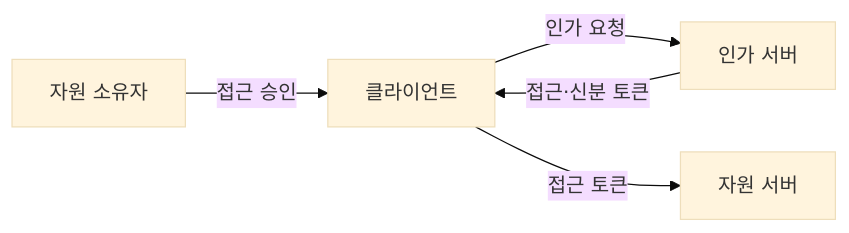
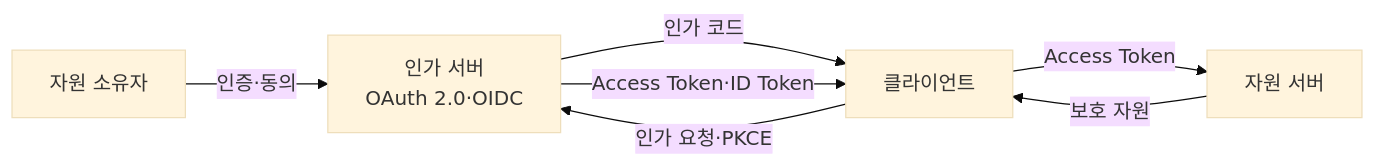
Before and after one commit to agnusdei1207/knowledge-base: the first of 2 diagrams in src/content/docs/notes/03-software/174_oauth2_oidc.md, drawn with Mermaid (base theme). The commit also changed other lines of this file and 20 other files, not shown here.

````diff
--- a/src/content/docs/notes/03-software/174_oauth2_oidc.md
+++ b/src/content/docs/notes/03-software/174_oauth2_oidc.md
@@ -54,7 +61,9 @@
 ```mermaid
 flowchart LR
-    O[자원 소유자] -->|접근 승인| C[클라이언트]
-    C -->|인가 요청| A[인가 서버]
-    A -->|접근·신분 토큰| C
-    C -->|접근 토큰| R[자원 서버]
+    U["자원 소유자"] -->|"인증·동의"| A["인가 서버<br/>OAuth 2.0·OIDC"]
+    C["클라이언트"] -->|"인가 요청·PKCE"| A
+    A -->|"인가 코드"| C
+    A -->|"Access Token·ID Token"| C
+    C -->|"Access Token"| R["자원 서버"]
+    R -->|"보호 자원"| C
 ```
````
